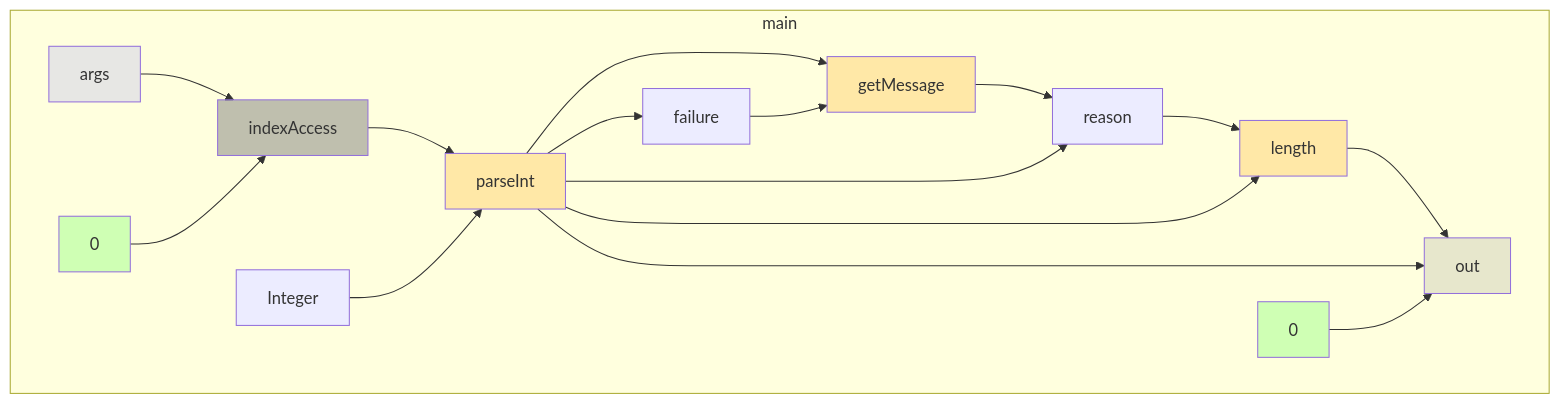
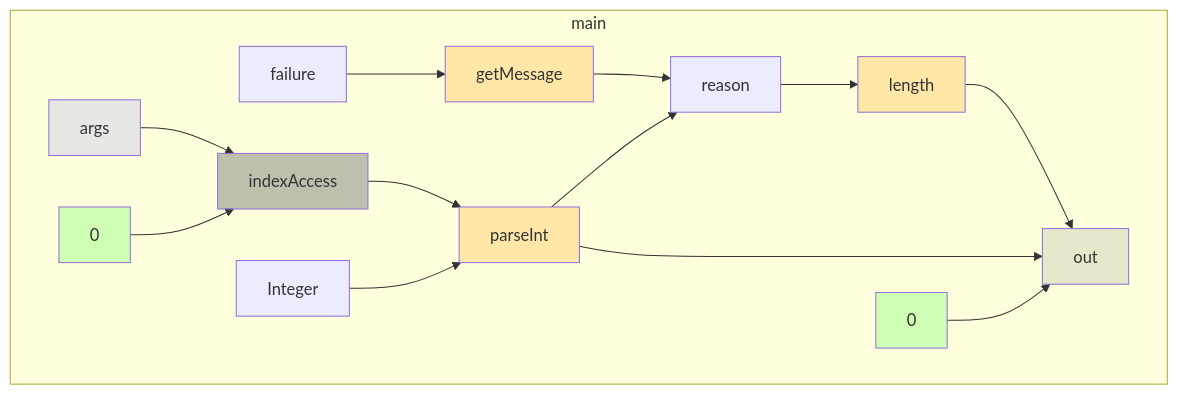
The diagram in app/src/test/resources/catchParameter/spike-truth.md (gstiebler/codeflow), drawn with Mermaid before and after one commit. The commit also changed 21 other files, not shown here.

````diff
--- a/app/src/test/resources/catchParameter/spike-truth.md
+++ b/app/src/test/resources/catchParameter/spike-truth.md
@@ -3,37 +3,34 @@
 ```mermaid
 flowchart TD
   subgraph m0["main"]
     n0["indexAccess"]:::BIN_OP
     n1["getMessage"]:::EXTERNAL
     n2["length"]:::EXTERNAL
     n3["parseInt"]:::EXTERNAL
     n4["args"]:::FUNC_PARAM
     n5["0"]:::LITERAL
     n6["0"]:::LITERAL
     n7["Integer"]:::OBJ_VARIABLE
     n8["failure"]:::OBJ_VARIABLE
     n9["out"]:::VARIABLE
     n10["reason"]:::OBJ_VARIABLE
   end
   n0 --> n3
   n1 --> n10
   n10 --> n2
   n2 --> n9
-  n3 --> n1
   n3 --> n10
-  n3 --> n2
-  n3 --> n8
   n3 --> n9
   n4 --> n0
   n5 --> n0
   n6 --> n9
   n7 --> n3
   n8 --> n1
   classDef LITERAL fill:#00FF0030
   classDef VARIABLE fill:#80808030
   classDef BIN_OP fill:#80808080
   classDef FUNC_PARAM fill:#8080FF30
   classDef RETURN fill:#FF808080
   classDef EXTERNAL fill:#FFA50040
   classDef UNMODELLED fill:#FF000030,stroke-dasharray: 4 2
 ```
````
